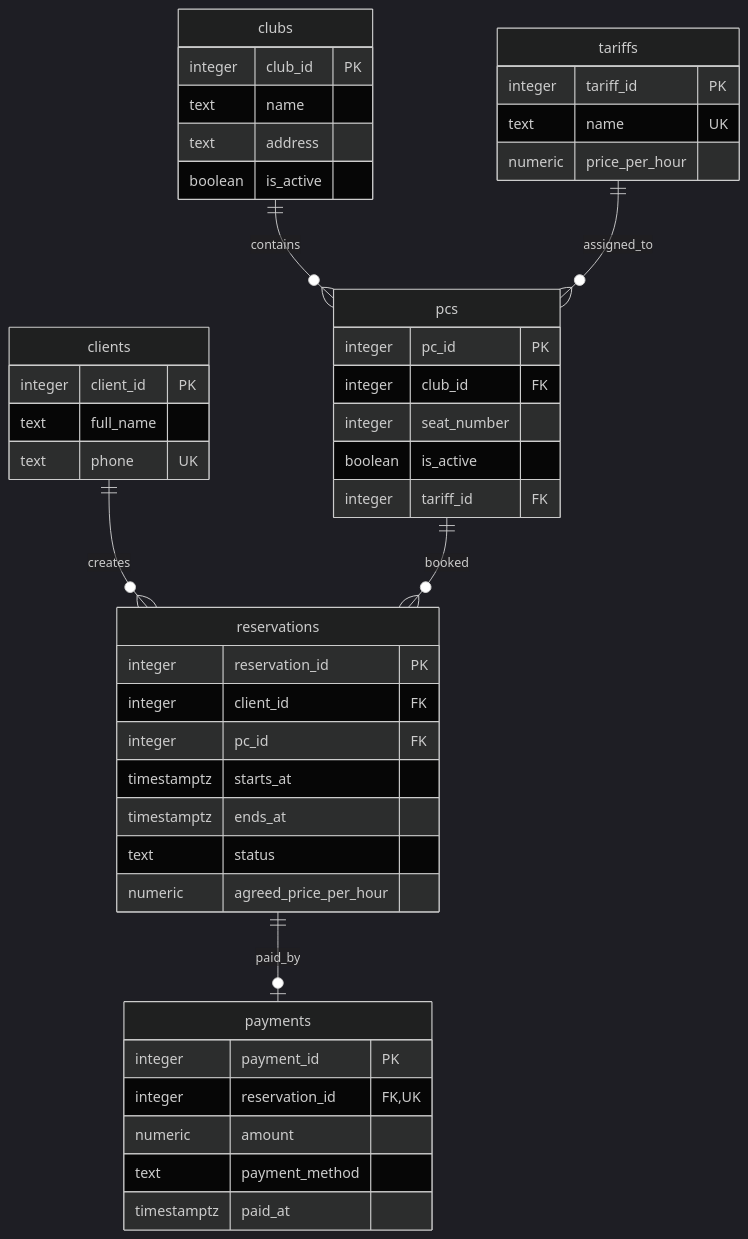
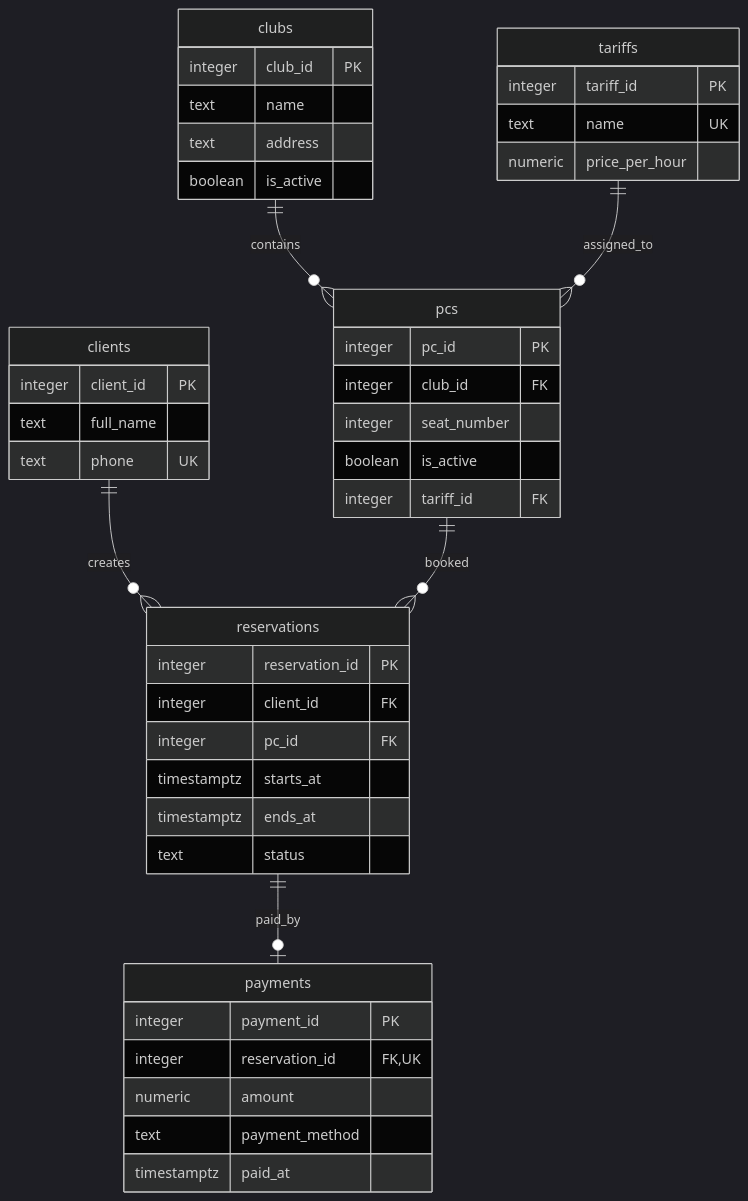
Before and after one commit to volodymyrsurhai1-hash/Laby_OBDZ: the second of 2 diagrams in lab-01/README.md, drawn with Mermaid (dark theme). The commit also changed other lines of this file and 5 other files, not shown here.

````diff
--- a/lab-01/README.md
+++ b/lab-01/README.md
@@ -186,47 +186,46 @@
 ```mermaid
 erDiagram
     clubs ||--o{ pcs : contains
     tariffs ||--o{ pcs : assigned_to
     clients ||--o{ reservations : creates
     pcs ||--o{ reservations : booked
     reservations ||--o| payments : paid_by
     clubs {
         integer club_id PK
         text name
         text address
         boolean is_active
     }
     tariffs {
         integer tariff_id PK
         text name UK
         numeric price_per_hour
     }
     pcs {
         integer pc_id PK
         integer club_id FK
         integer seat_number
         boolean is_active
         integer tariff_id FK
     }
     clients {
         integer client_id PK
         text full_name
         text phone UK
     }
     reservations {
         integer reservation_id PK
         integer client_id FK
         integer pc_id FK
         timestamptz starts_at
         timestamptz ends_at
         text status
-        numeric agreed_price_per_hour
     }
     payments {
         integer payment_id PK
         integer reservation_id FK, UK
         numeric amount
         text payment_method
         timestamptz paid_at
     }
 ```
````
